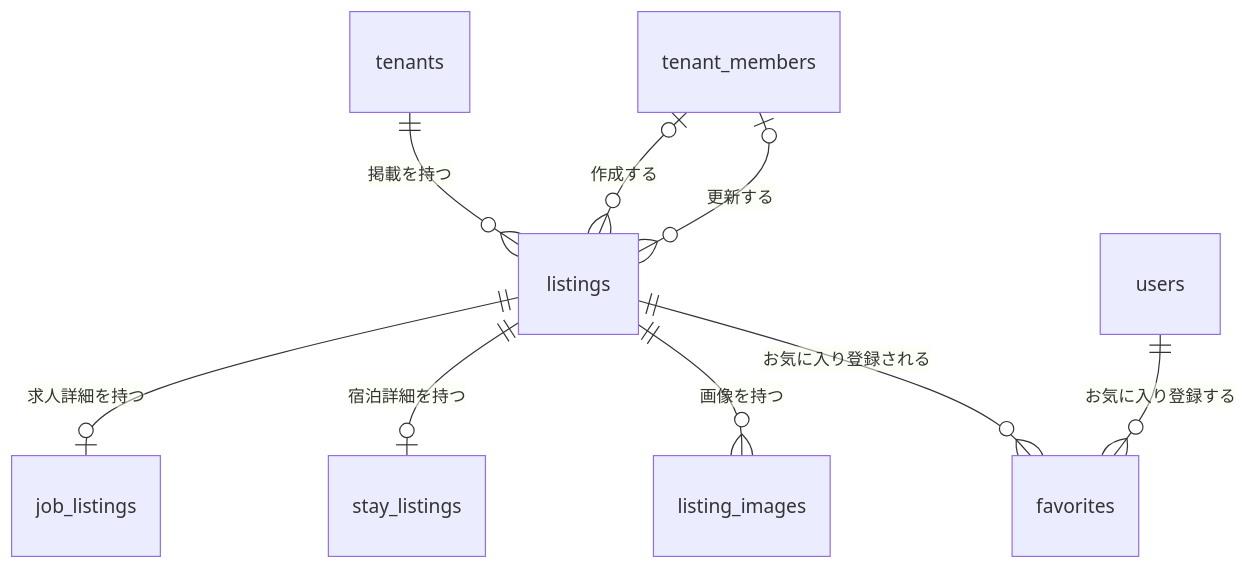
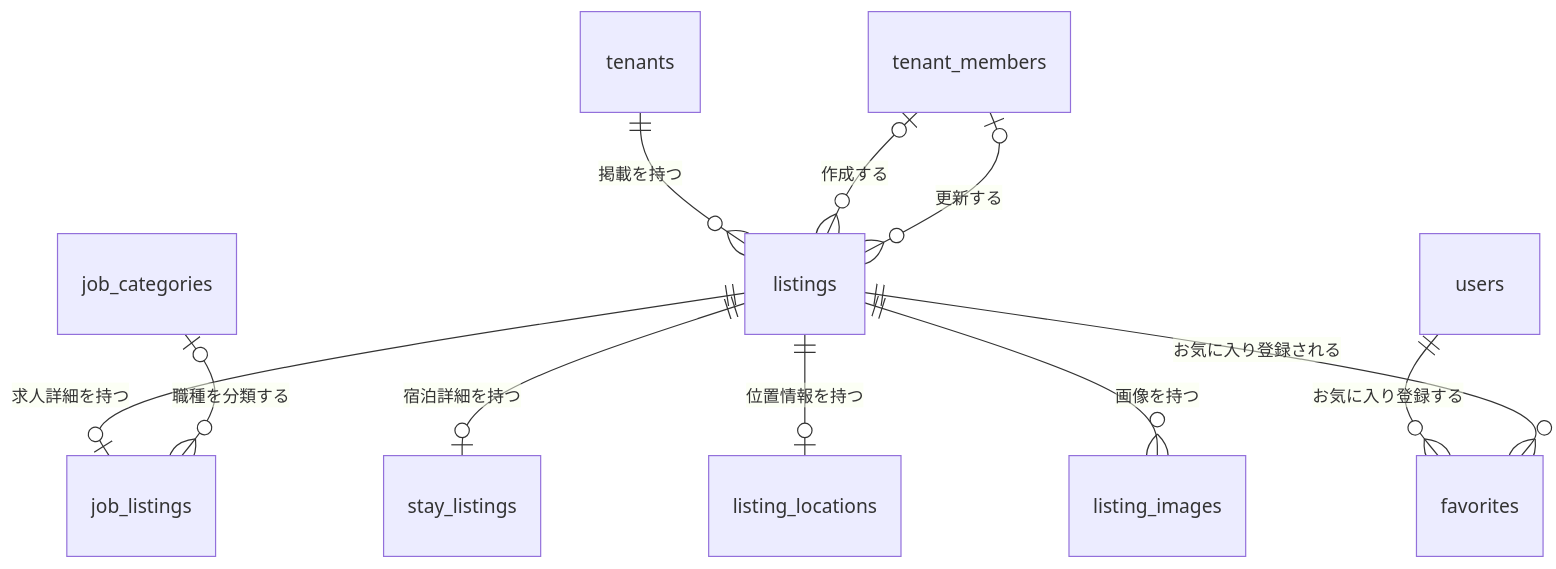
One commit to t0kio2/community-hub changed the first of 8 diagrams in docs/er/01-listing.md. Above: the diagram before and after it, drawn with Mermaid. The commit also changed other lines of this file and 6 other files, not shown here.

````diff
--- a/docs/er/01-listing.md
+++ b/docs/er/01-listing.md
@@ -9,11 +9,13 @@
 ```mermaid
 erDiagram
     tenants ||--o{ listings : "掲載を持つ"
     tenant_members o|--o{ listings : "作成する"
     tenant_members o|--o{ listings : "更新する"
     listings ||--o| job_listings : "求人詳細を持つ"
     listings ||--o| stay_listings : "宿泊詳細を持つ"
+    job_categories o|--o{ job_listings : "職種を分類する"
+    listings ||--o| listing_locations : "位置情報を持つ"
     listings ||--o{ listing_images : "画像を持つ"
     users ||--o{ favorites : "お気に入り登録する"
     listings ||--o{ favorites : "お気に入り登録される"
 ```
````
